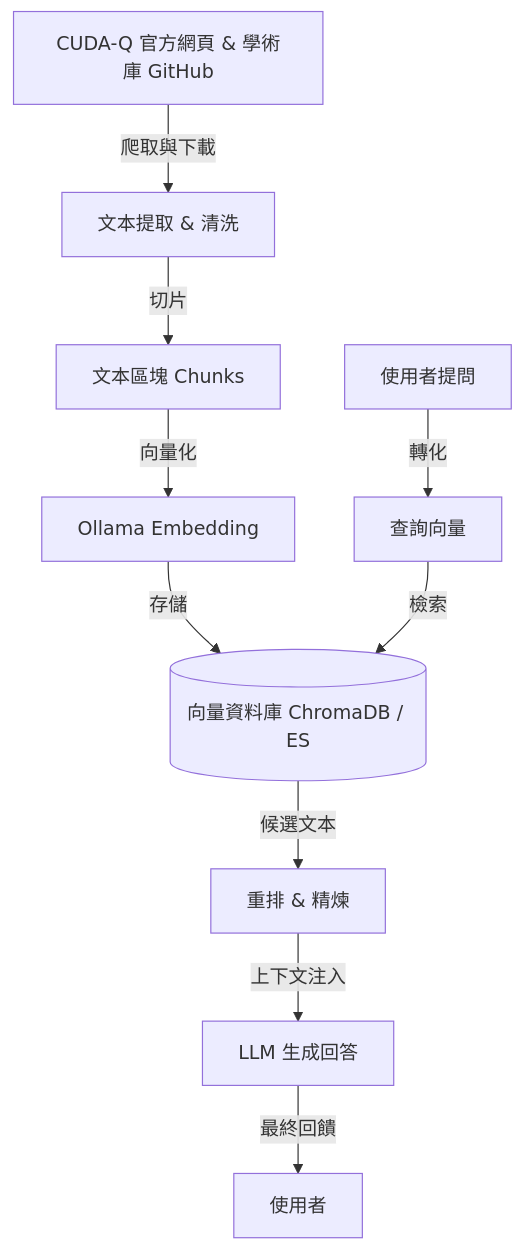
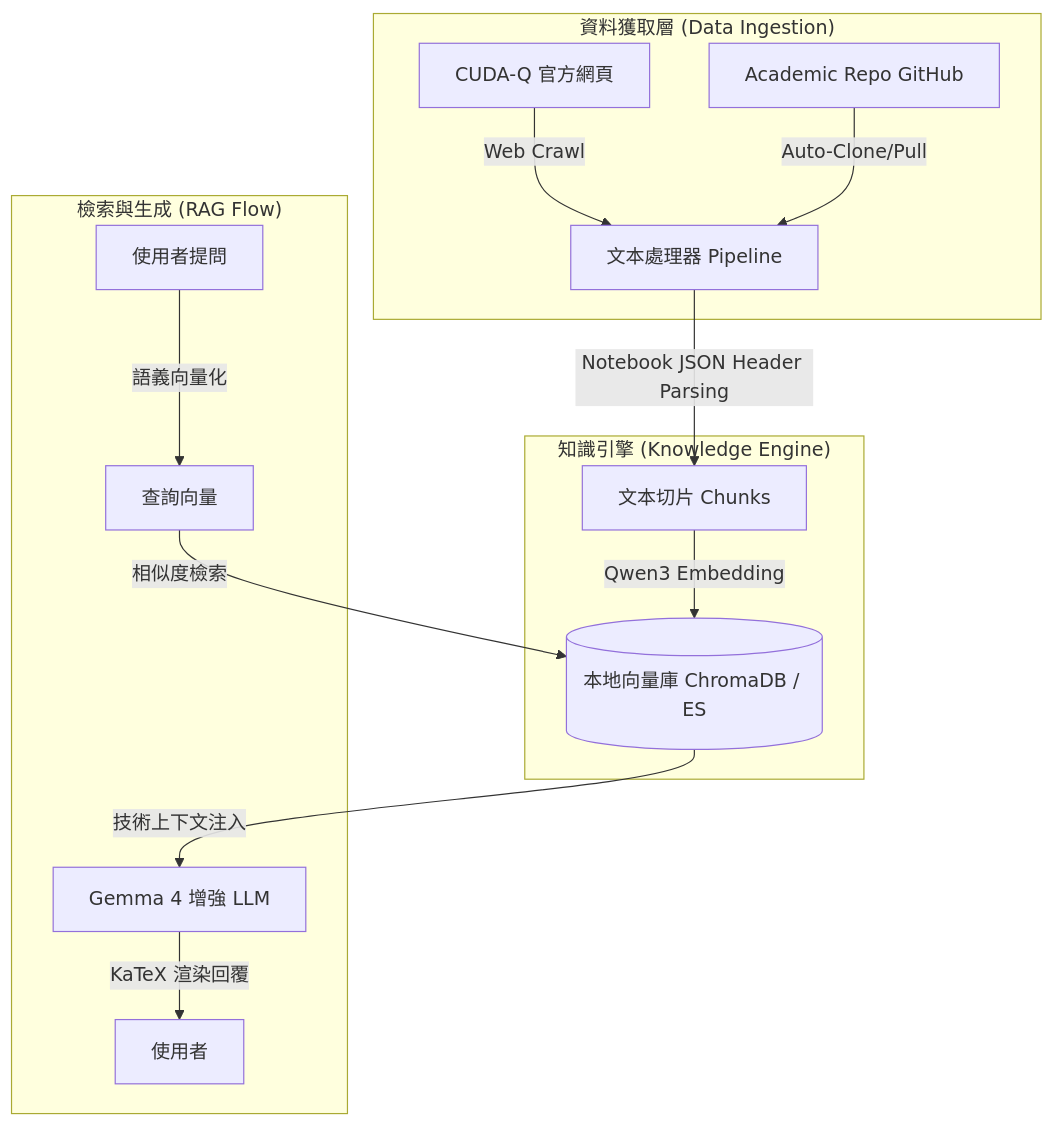
Before and after one commit to pinchiu/cudaq-rag-for-school: the diagram in readme.md, drawn with Mermaid. The commit also changed other lines of this file and 3 other files, not shown here.

Commit message:
docs: Refine architecture and indexing descriptions in README

````diff
--- a/readme.md
+++ b/readme.md
@@ -15,13 +15,19 @@
 ```mermaid
 graph TD
-    A[CUDA-Q 官方網頁 & 學術庫 GitHub] -->|爬取與下載| B[文本提取 & 清洗]
-    B -->|切片| C[文本區塊 Chunks]
-    C -->|向量化| D[Ollama Embedding]
-    D -->|存儲| E[(向量資料庫 ChromaDB / ES)]
+    subgraph "資料獲取層 (Data Ingestion)"
+        W[CUDA-Q 官方網頁] -->|Web Crawl| P
+        A[Academic Repo GitHub] -->|Auto-Clone/Pull| P[文本處理器 Pipeline]
+    end
     
-    F[使用者提問] -->|轉化| G[查詢向量]
-    G -->|檢索| E
-    E -->|候選文本| H[重排 & 精煉]
-    H -->|上下文注入| I[LLM 生成回答]
-    I -->|最終回饋| J[使用者]
+    subgraph "知識引擎 (Knowledge Engine)"
+        P -->|Notebook JSON Header Parsing| S[文本切片 Chunks]
+        S -->|Qwen3 Embedding| V[(本地向量庫 ChromaDB / ES)]
+    end
+    
+    subgraph "檢索與生成 (RAG Flow)"
+        U[使用者提問] -->|語義向量化| Q[查詢向量]
+        Q -->|相似度檢索| V
+        V -->|技術上下文注入| L[Gemma 4 增強 LLM]
+        L -->|KaTeX 渲染回覆| Output[使用者]
+    end
 ```
````
